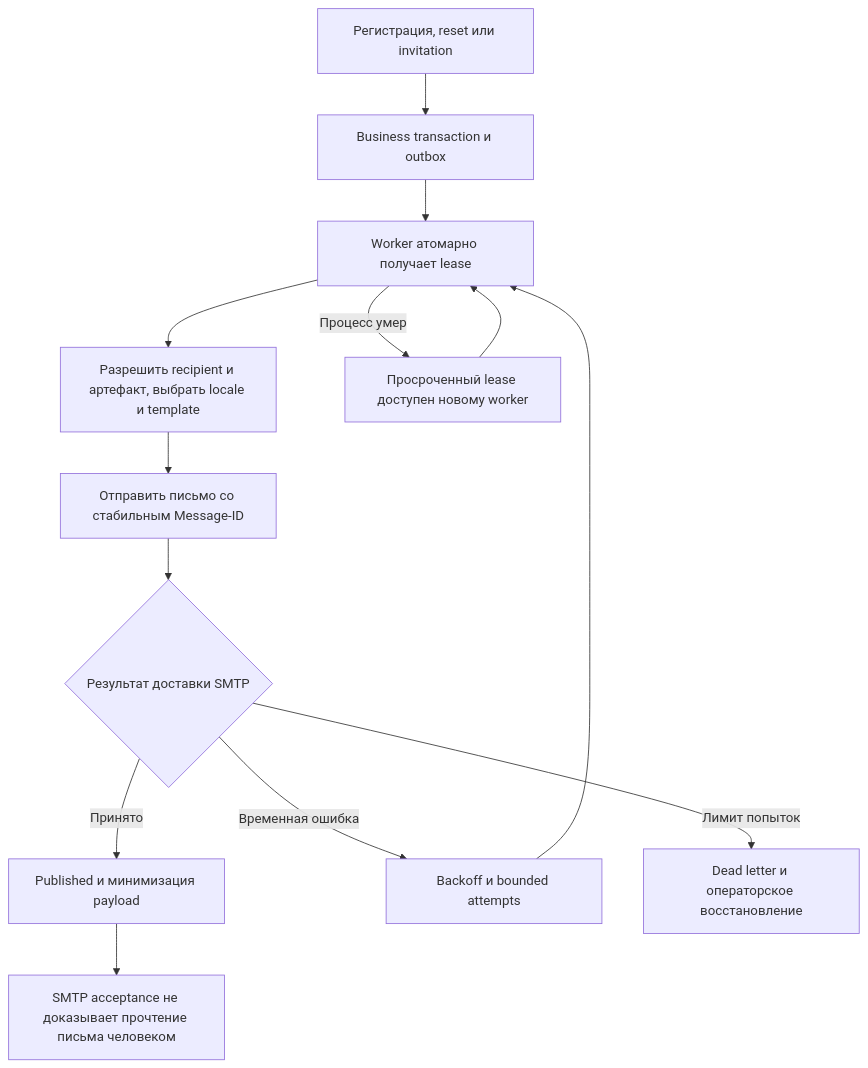
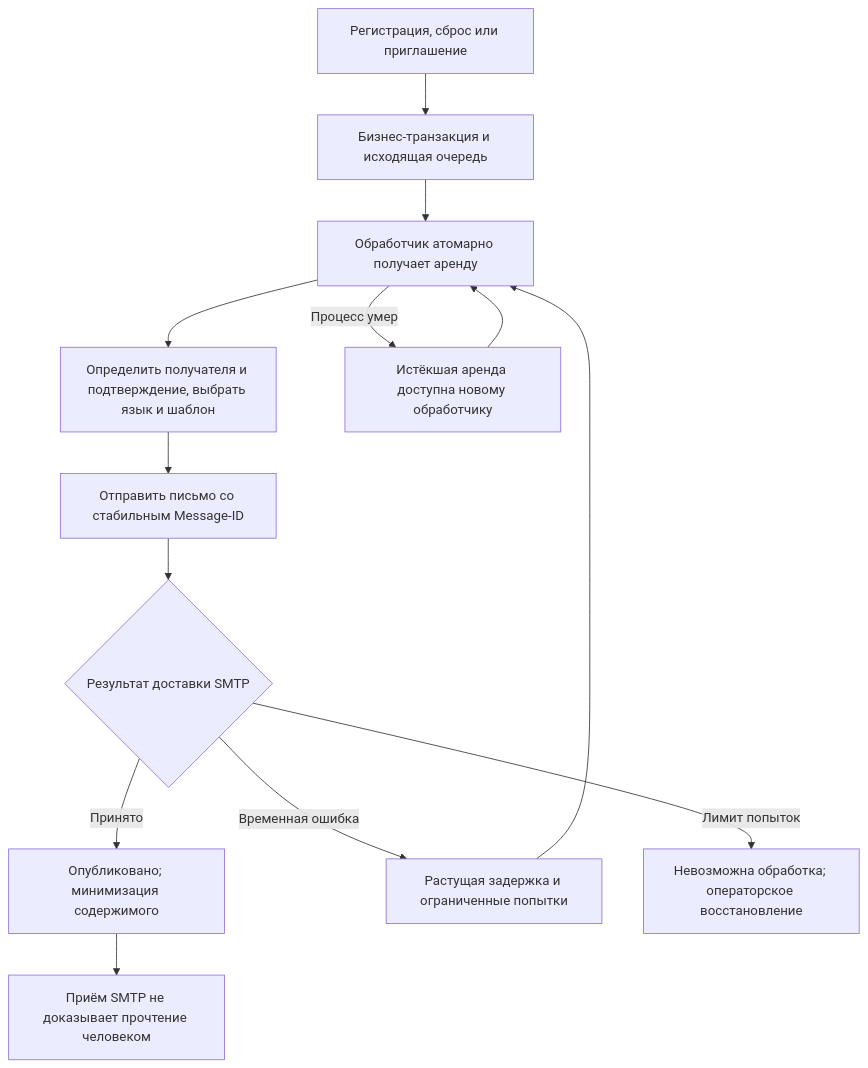
The diagram in docs/processes/11-email.mmd (YCleffo/Platform), drawn with Mermaid before and after one commit. The commit also changed 188 other files, not shown here.

```diff
--- a/docs/processes/11-email.mmd
+++ b/docs/processes/11-email.mmd
@@ -1,13 +1,13 @@
 flowchart TD
-  Business[Регистрация, reset или invitation] --> Tx[Business transaction и outbox]
-  Tx --> Claim[Worker атомарно получает lease]
-  Claim --> Render[Разрешить recipient и артефакт, выбрать locale и template]
+  Business[Регистрация, сброс или приглашение] --> Tx[Бизнес-транзакция и исходящая очередь]
+  Tx --> Claim[Обработчик атомарно получает аренду]
+  Claim --> Render[Определить получателя и подтверждение, выбрать язык и шаблон]
   Render --> SMTP[Отправить письмо со стабильным Message-ID]
   SMTP --> Outcome{Результат доставки SMTP}
-  Outcome -->|Принято| Published[Published и минимизация payload]
-  Outcome -->|Временная ошибка| Retry[Backoff и bounded attempts]
+  Outcome -->|Принято| Published[Опубликовано; минимизация содержимого]
+  Outcome -->|Временная ошибка| Retry[Растущая задержка и ограниченные попытки]
   Retry --> Claim
-  Outcome -->|Лимит попыток| Dead[Dead letter и операторское восстановление]
-  Claim -->|Процесс умер| Lease[Просроченный lease доступен новому worker]
+  Outcome -->|Лимит попыток| Dead[Невозможна обработка; операторское восстановление]
+  Claim -->|Процесс умер| Lease[Истёкшая аренда доступна новому обработчику]
   Lease --> Claim
-  Published --> Note[SMTP acceptance не доказывает прочтение письма человеком]
+  Published --> Note[Приём SMTP не доказывает прочтение человеком]
```
